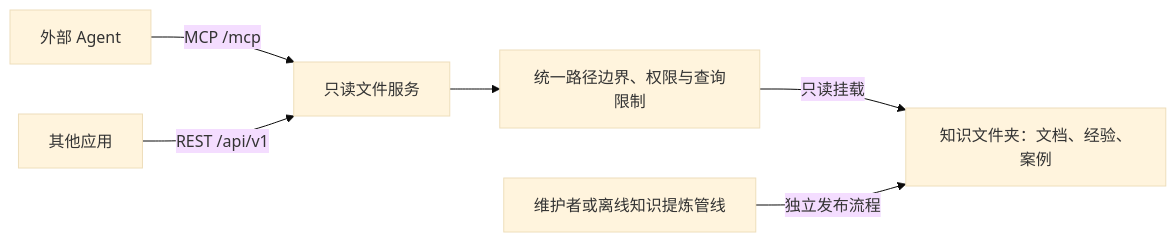
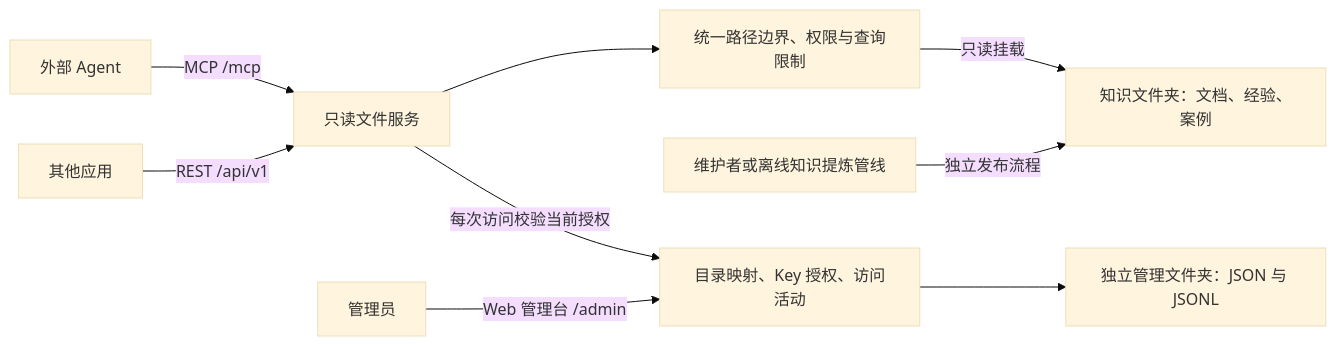
One commit to 1870987237/folder-knowledge-service changed the diagram in README.md. Above: the diagram before and after it, drawn with Mermaid (base theme). The commit also changed other lines of this file and 15 other files, not shown here.

````diff
--- a/README.md
+++ b/README.md
@@ -7,8 +7,11 @@
 ```mermaid
 flowchart LR
     A[外部 Agent] -->|MCP /mcp| S[只读文件服务]
     B[其他应用] -->|REST /api/v1| S
     S --> R[统一路径边界、权限与查询限制]
     R -->|只读挂载| K[知识文件夹：文档、经验、案例]
     W[维护者或离线知识提炼管线] -->|独立发布流程| K
+    U[管理员] -->|Web 管理台 /admin| M[目录映射、Key 授权、访问活动]
+    M --> F[独立管理文件夹：JSON 与 JSONL]
+    S -->|每次访问校验当前授权| M
 ```
````
